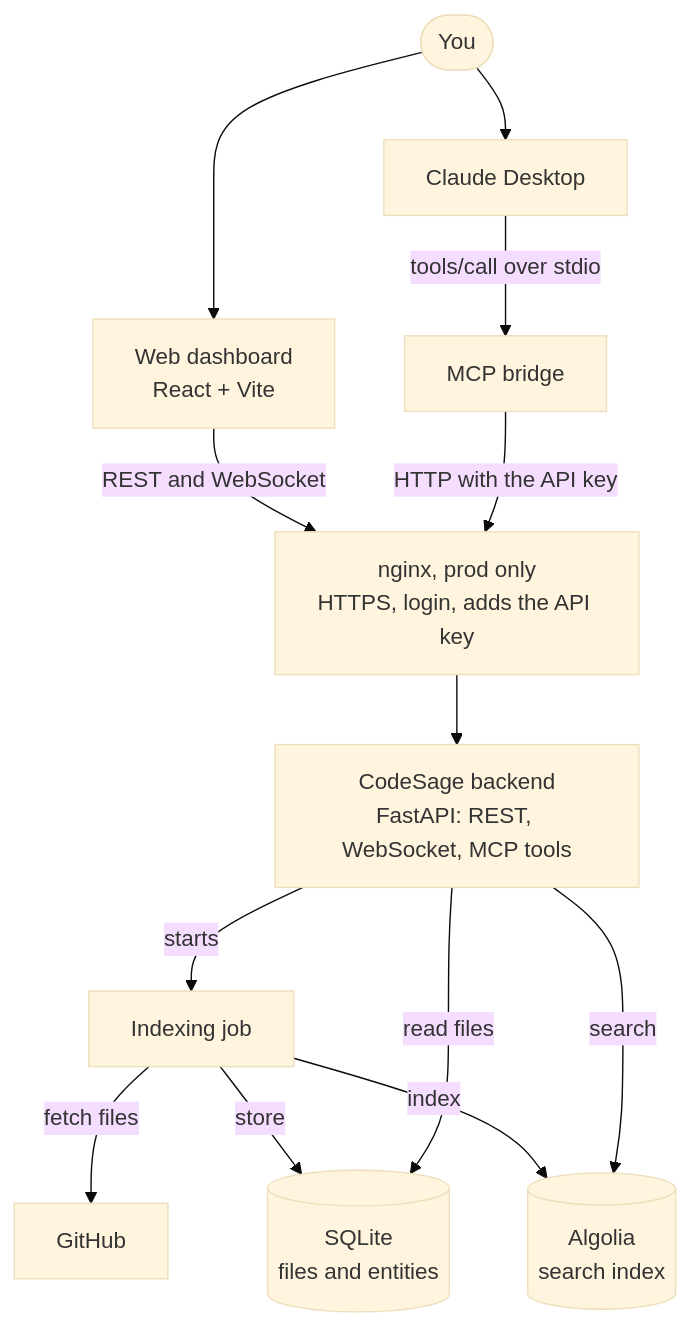
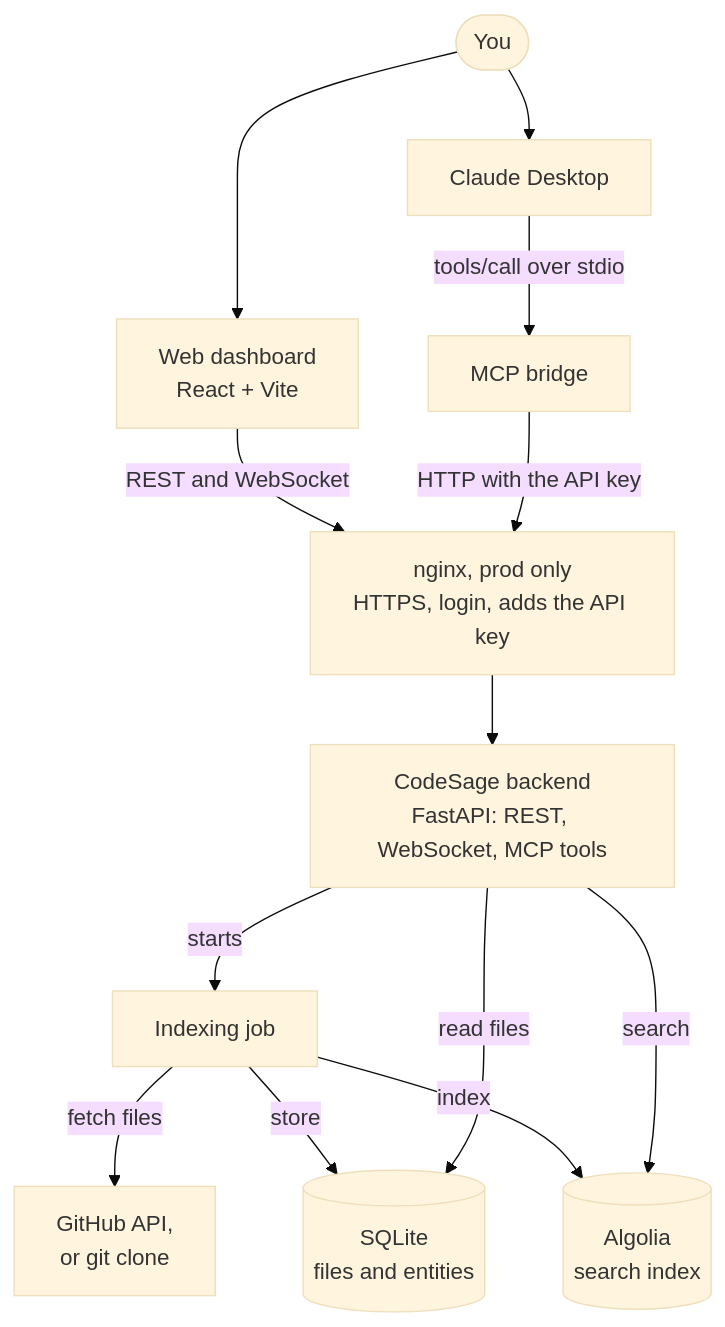
Before and after one commit to ntanwir10/codesage-algolia-challenge: the first of 8 diagrams in README.md, drawn with Mermaid (base theme). The commit also changed other lines of this file and 3 other files, not shown here.

````diff
--- a/README.md
+++ b/README.md
@@ -9,15 +9,15 @@
 ```mermaid
 flowchart TB
     you(["You"]) --> browser["Web dashboard<br/>React + Vite"]
     you --> claude["Claude Desktop"]
     claude -- "tools/call over stdio" --> bridge["MCP bridge"]
     browser -- "REST and WebSocket" --> nginx["nginx, prod only<br/>HTTPS, login, adds the API key"]
     bridge -- "HTTP with the API key" --> nginx
     nginx --> api["CodeSage backend<br/>FastAPI: REST, WebSocket, MCP tools"]
     api -- "starts" --> job["Indexing job"]
-    job -- "fetch files" --> github["GitHub"]
+    job -- "fetch files" --> github["GitHub API,<br/>or git clone"]
     job -- "store" --> db[("SQLite<br/>files and entities")]
     job -- "index" --> algolia[("Algolia<br/>search index")]
     api -- "search" --> algolia
     api -- "read files" --> db
 ```
````
